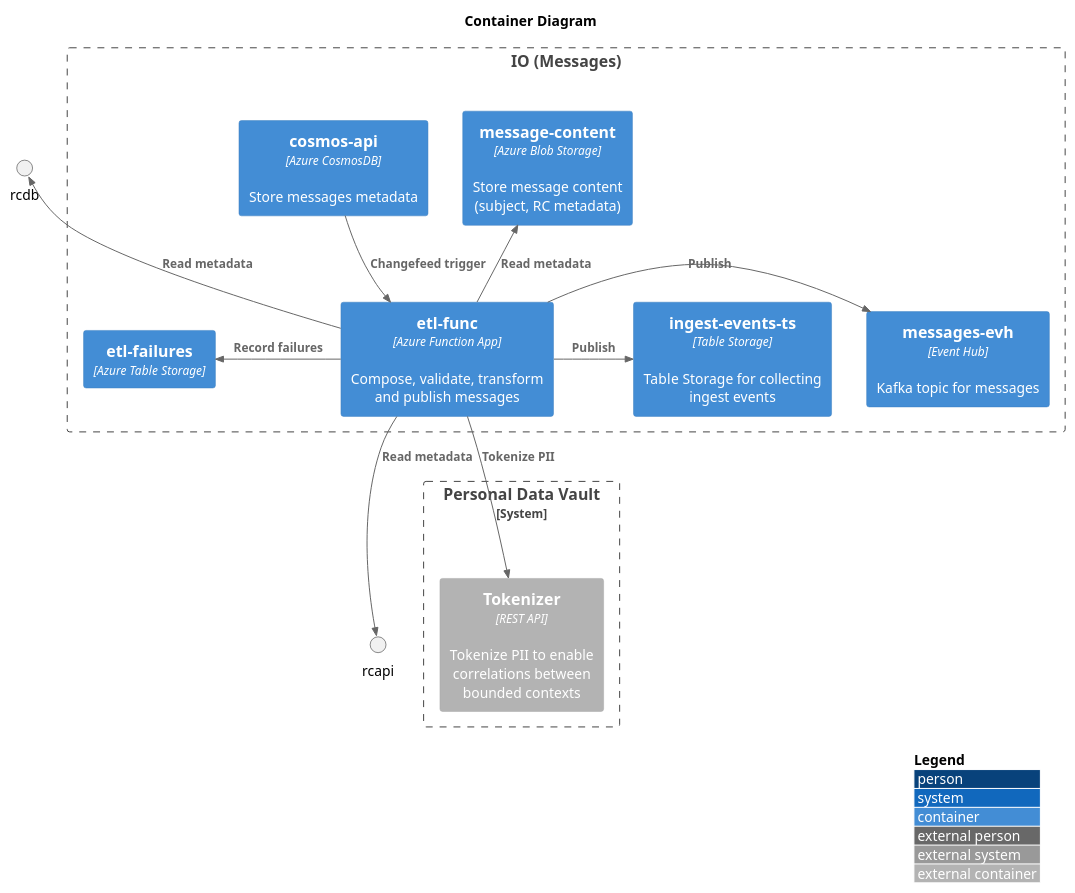
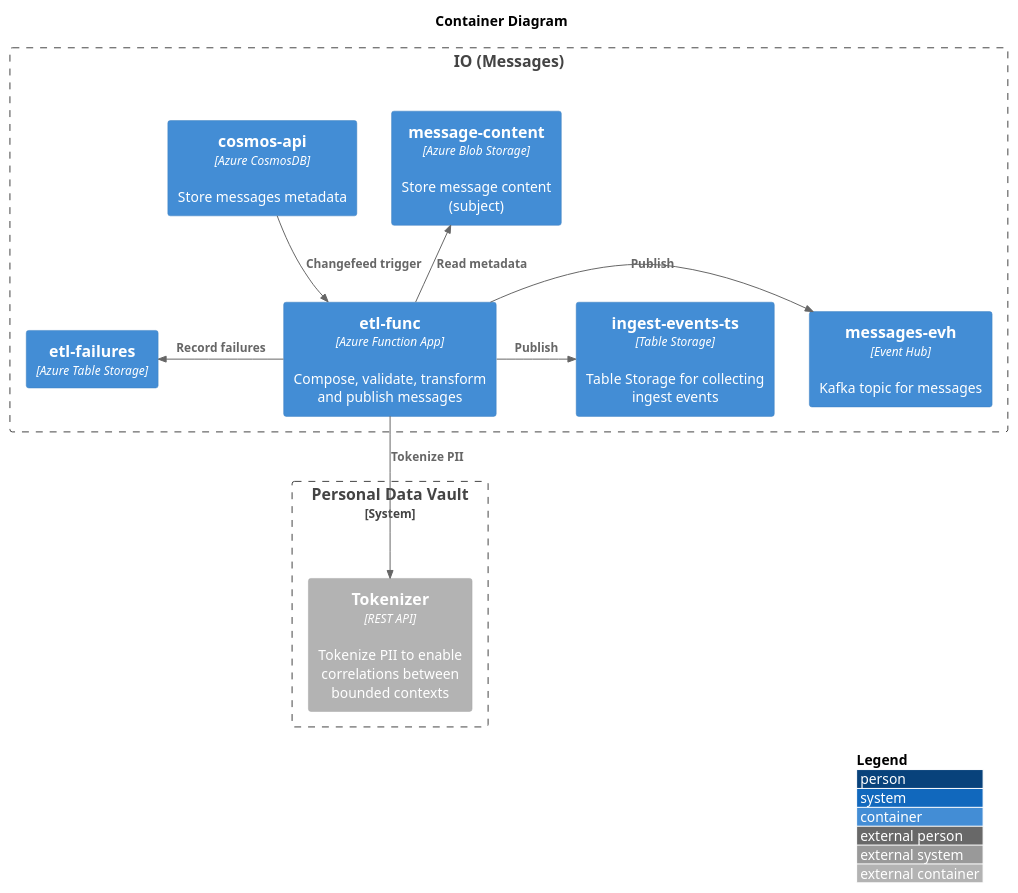
The diagram in docs/data-plan/container.puml (pagopa/io-messages), drawn with PlantUML before and after one commit. The commit also changed 1 other file, not shown here.

Commit message:
docs: fix container diagram

```diff
--- a/docs/data-plan/container.puml
+++ b/docs/data-plan/container.puml
@@ -1,33 +1,31 @@
 @startuml data-plan-container
 !include <C4/C4_Context>
 !include <C4/C4_Container>
 
 LAYOUT_WITH_LEGEND()
 
 title Container Diagram
 
 Boundary(io, "IO (Messages)") {
   Container(apidb, "cosmos-api", "Azure CosmosDB", "Store messages metadata")
-  Container(msgst, "message-content", "Azure Blob Storage", "Store message content (subject, RC metadata)")
+  Container(msgst, "message-content", "Azure Blob Storage", "Store message content (subject)")
   Container(etlfn, "etl-func", "Azure Function App", "Compose, validate, transform and publish messages")
   Container(msgevh, "messages-evh", "Event Hub", "Kafka topic for messages")
   Container(msgsentevents, "ingest-events-ts", "Table Storage", "Table Storage for collecting ingest events")
   Container(failtable, "etl-failures", "Azure Table Storage")
 }
 
 Rel_D(apidb, etlfn, "Changefeed trigger")
 Rel_R(etlfn, msgevh, "Publish")
 Rel_R(etlfn, msgsentevents, "Publish")
 
 Rel_U(etlfn, msgst, "Read metadata")
-Rel_U(etlfn, rcdb, "Read metadata")
 Rel_L(etlfn, failtable, "Record failures")
 
 System_Boundary(pdv, "Personal Data Vault") {
   Container_Ext(tok, "Tokenizer", "REST API", "Tokenize PII to enable correlations between bounded contexts")
 }
 
 Rel_D(etlfn, tok, "Tokenize PII")
-Rel_D(etlfn, rcapi, "Read metadata")
 
 @enduml
```
